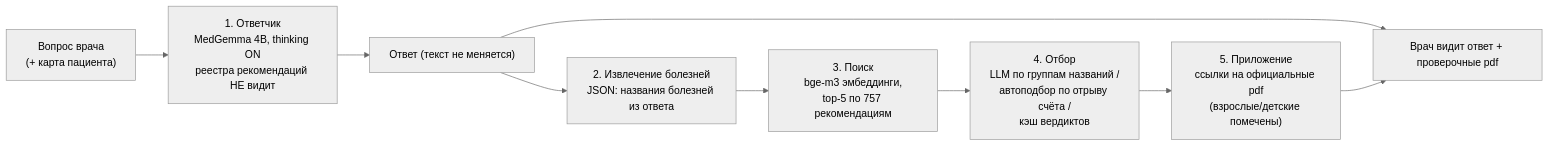
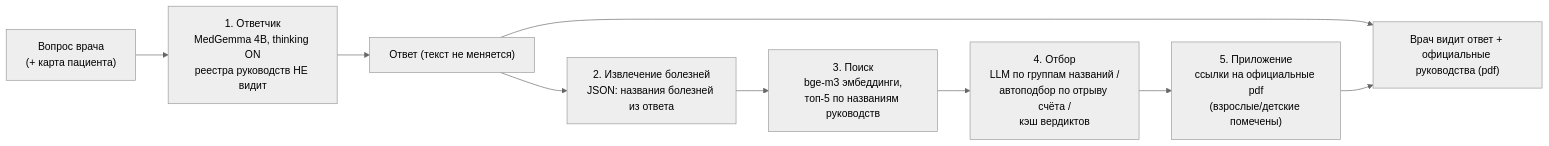
Before and after one commit to isemsez/med_assistant: the diagram in README.md, drawn with Mermaid (neutral theme). The commit also changed other lines of this file and 1 other file, not shown here.

````diff
--- a/README.md
+++ b/README.md
@@ -39,11 +40,11 @@
 ```mermaid
 flowchart LR
-    Q["Вопрос врача<br/>(+ карта пациента)"] --> A["1. Ответчик<br/>MedGemma 4B, thinking ON<br/>реестра рекомендаций НЕ видит"]
+    Q["Вопрос врача<br/>(+ карта пациента)"] --> A["1. Ответчик<br/>MedGemma 4B, thinking ON<br/>реестра руководств НЕ видит"]
     A --> ANS["Ответ (текст не меняется)"]
     ANS --> E["2. Извлечение болезней<br/>JSON: названия болезней из ответа"]
-    E --> S["3. Поиск<br/>bge-m3 эмбеддинги,<br/>top-5 по 757 рекомендациям"]
+    E --> S["3. Поиск<br/>bge-m3 эмбеддинги,<br/>топ-5 по названиям руководств"]
     S --> P["4. Отбор<br/>LLM по группам названий /<br/>автоподбор по отрыву счёта /<br/>кэш вердиктов"]
     P --> R["5. Приложение<br/>ссылки на официальные pdf<br/>(взрослые/детские помечены)"]
-    ANS --> OUT["Врач видит ответ + проверочные pdf"]
+    ANS --> OUT["Врач видит ответ + официальные руководства (pdf)"]
     R --> OUT
 ```
````
